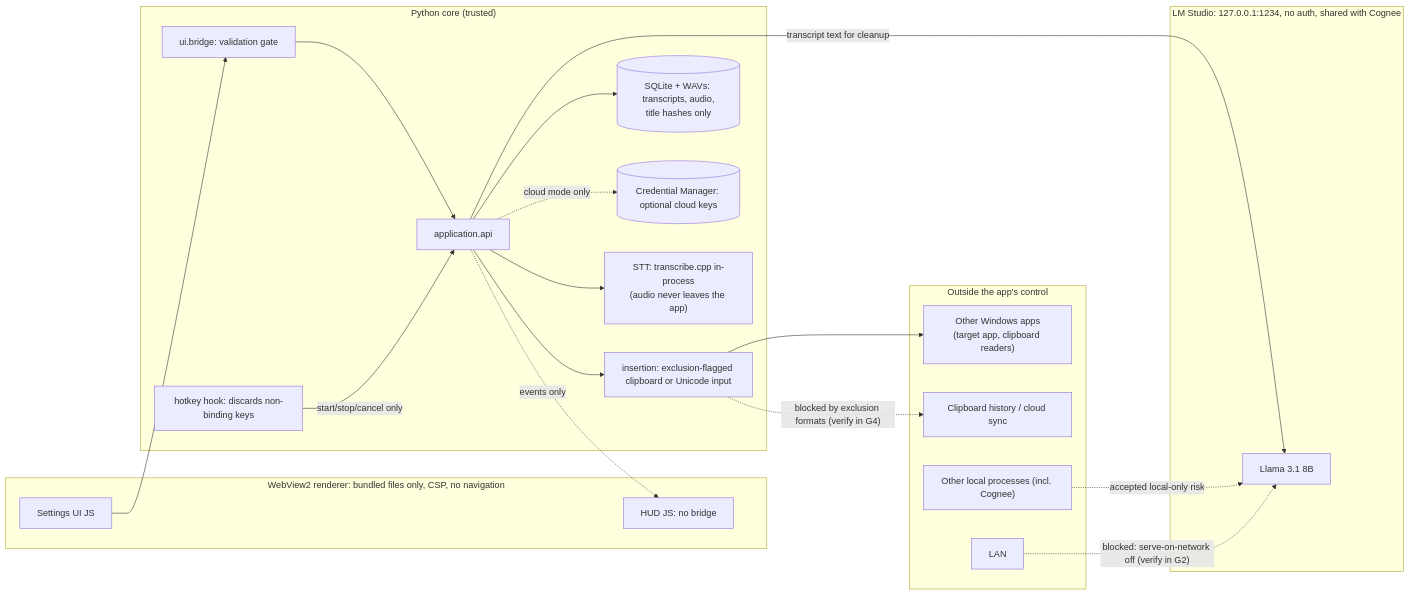
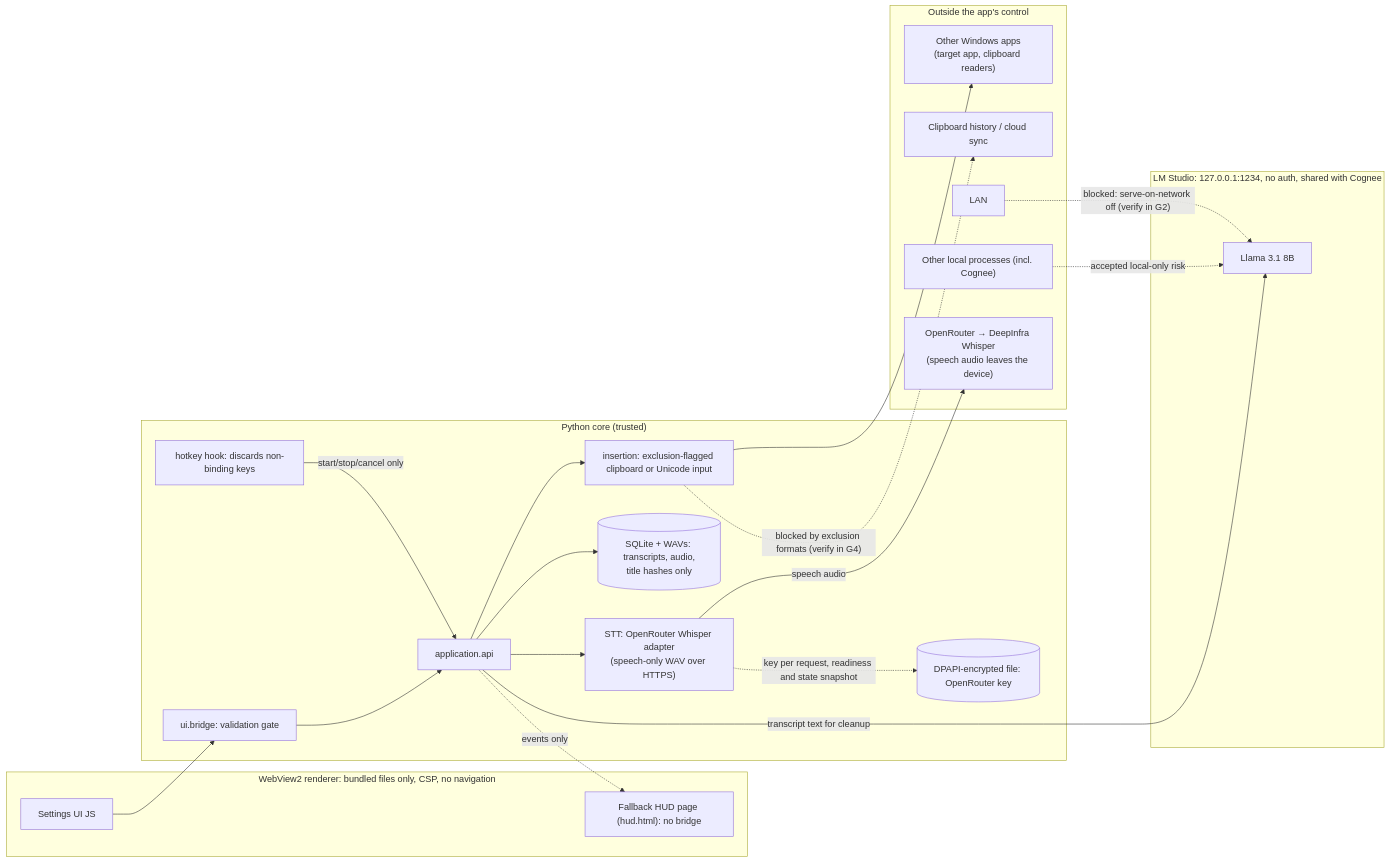
One commit to June74/wispr_clone changed the second of 2 diagrams in backend_dev/CODEMAP_GRAPH.md. Above: the diagram before and after it, drawn with Mermaid. The commit also changed other lines of this file and 116 other files, not shown here.

````diff
--- a/backend_dev/CODEMAP_GRAPH.md
+++ b/backend_dev/CODEMAP_GRAPH.md
@@ -97,39 +97,40 @@
 ```mermaid
 flowchart LR
   subgraph Ext["Outside the app's control"]
     OtherApps["Other Windows apps<br/>(target app, clipboard readers)"]
     ClipHist["Clipboard history / cloud sync"]
     LocalProcs["Other local processes (incl. Cognee)"]
     LAN["LAN"]
+    Cloud["OpenRouter → DeepInfra Whisper<br/>(speech audio leaves the device)"]
   end
 
   subgraph Renderer["WebView2 renderer: bundled files only, CSP, no navigation"]
     SettingsUI["Settings UI JS"]
-    HudUI["HUD JS: no bridge"]
+    HudUI["Fallback HUD page (hud.html): no bridge"]
   end
 
   subgraph Core["Python core (trusted)"]
     Bridge["ui.bridge: validation gate"]
     Api["application.api"]
     Hook["hotkey hook: discards non-binding keys"]
     Ins["insertion: exclusion-flagged clipboard or Unicode input"]
     Data[("SQLite + WAVs: transcripts, audio,<br/>title hashes only")]
-    Secrets[("Credential Manager: optional cloud keys")]
-    Vox["STT: transcribe.cpp in-process<br/>(audio never leaves the app)"]
+    Secrets[("DPAPI-encrypted file: OpenRouter key")]
+    Stt["STT: OpenRouter Whisper adapter<br/>(speech-only WAV over HTTPS)"]
   end
 
   subgraph LMS["LM Studio: 127.0.0.1:1234, no auth, shared with Cognee"]
     Llm["Llama 3.1 8B"]
   end
 
   SettingsUI --> Bridge --> Api --> Data
   Api -.->|events only| HudUI
   Hook -->|start/stop/cancel only| Api
   Api --> Ins --> OtherApps
   Ins -. "blocked by exclusion formats (verify in G4)" .-> ClipHist
-  Api --> Vox
+  Api --> Stt -->|speech audio| Cloud
   Api -->|transcript text for cleanup| Llm
   LocalProcs -. "accepted local-only risk" .-> Llm
   LAN -. "blocked: serve-on-network off (verify in G2)" .-> Llm
-  Api -. "cloud mode only" .-> Secrets
+  Stt -. "key per request, readiness and state snapshot" .-> Secrets
 ```
````
